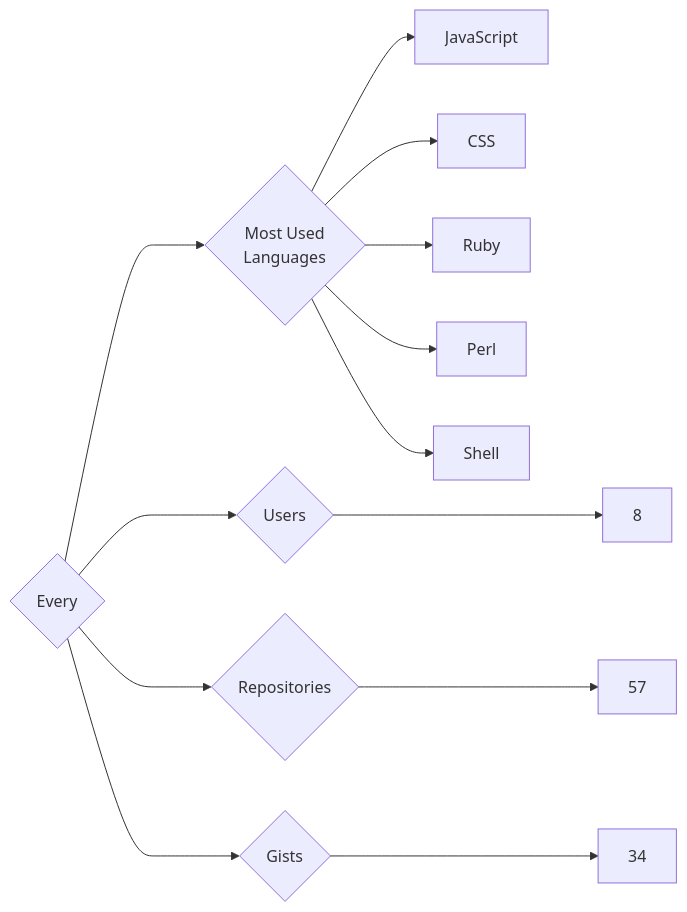
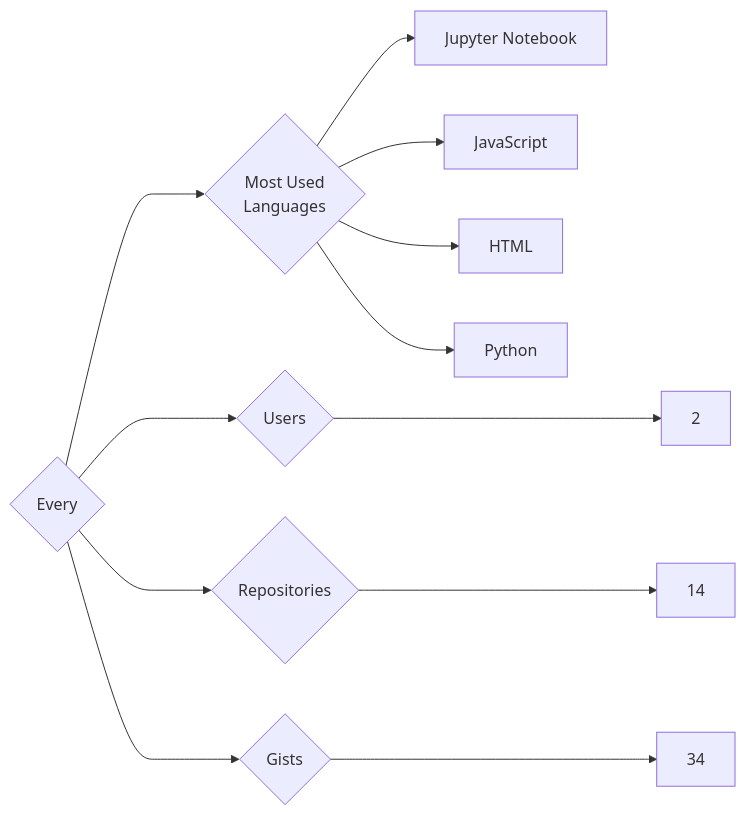
One commit to trickest/insiders changed the diagram in targets/Every/README.md. Above: the diagram before and after it, drawn with Mermaid. The commit also changed 1166 other files, not shown here.

````diff
--- a/targets/Every/README.md
+++ b/targets/Every/README.md
@@ -3,13 +3,12 @@
 ```mermaid
 graph LR
 COMPANY_NAME{Every}
-COMPANY_NAME ---> U{Users} ---> UN[8]
-COMPANY_NAME ---> R{Repositories} ---> RN[57]
+COMPANY_NAME ---> U{Users} ---> UN[2]
+COMPANY_NAME ---> R{Repositories} ---> RN[14]
 COMPANY_NAME ---> G{Gists} ---> GN[34]
 COMPANY_NAME ---> ML{Most Used<br>Languages}
+ML --> Jupyter_Notebook[Jupyter Notebook]
 ML --> JavaScript[JavaScript]
-ML --> CSS[CSS]
-ML --> Ruby[Ruby]
-ML --> Perl[Perl]
-ML --> Shell[Shell]
+ML --> HTML[HTML]
+ML --> Python[Python]
 ```
````
